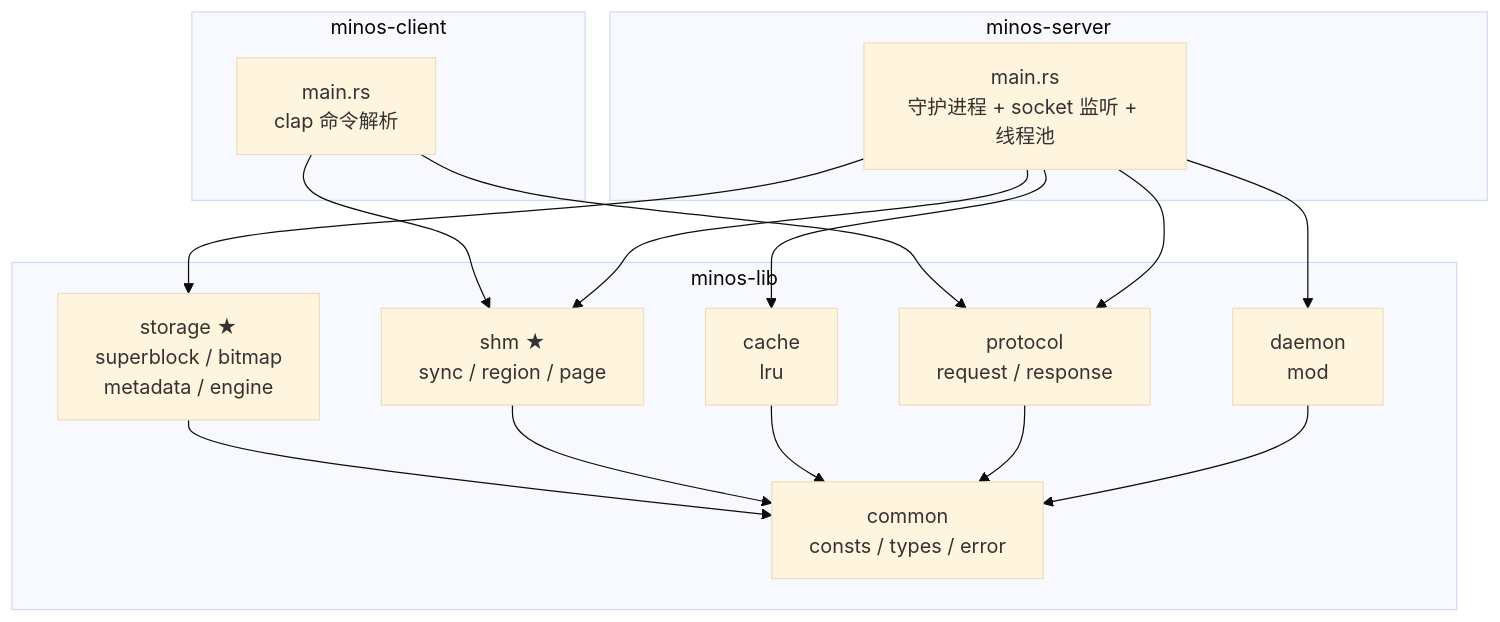
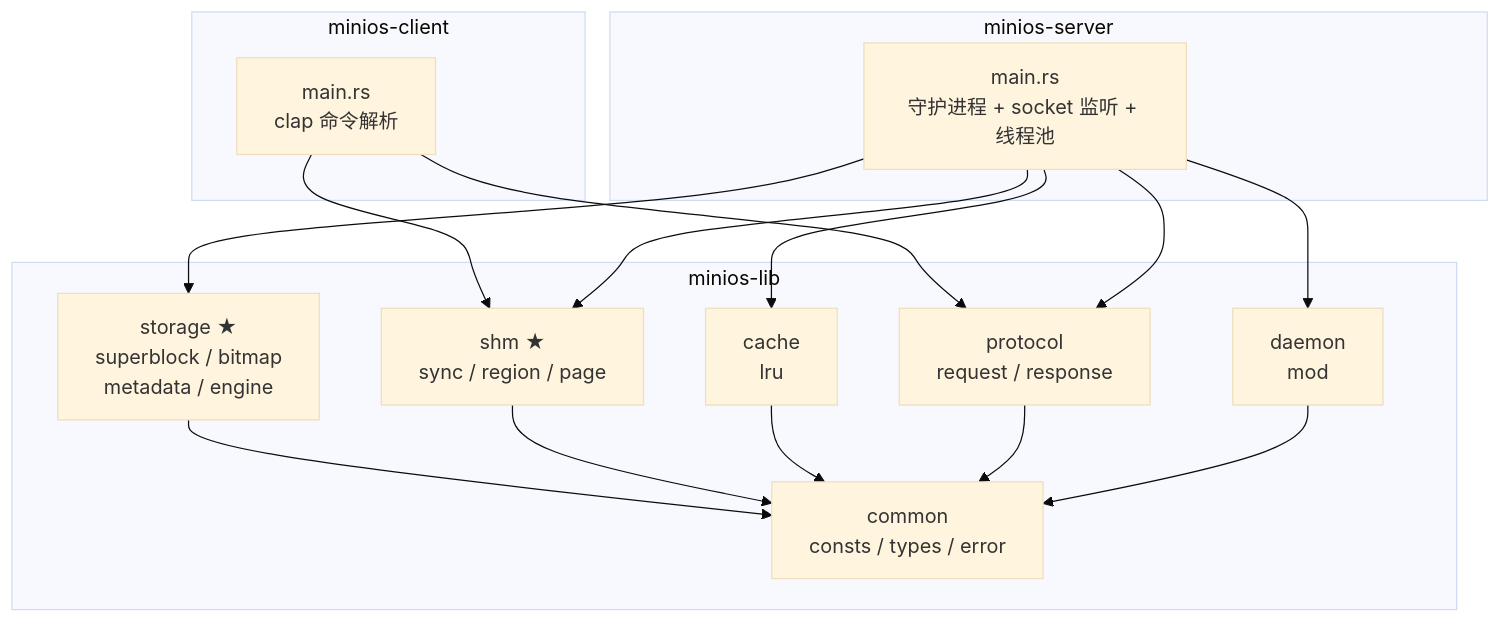
Before and after one commit to Faye-bit/MiniOS_CUG_SE_OS: the third of 16 diagrams in design.md, drawn with Mermaid (base theme). The commit also changed other lines of this file and 31 other files, not shown here.

First line of the commit message:
fix: 修复 STOP 命令触发段错误 — 函数指针误写 + 项目重命名 minos→minios

````diff
--- a/design.md
+++ b/design.md
@@ -97,32 +97,32 @@
 ```mermaid
 graph TD
-    subgraph minos-client
+    subgraph minios-client
         CLI_MAIN["main.rs<br/>clap 命令解析"]
     end
 
-    subgraph minos-server
+    subgraph minios-server
         SRV_MAIN["main.rs<br/>守护进程 + socket 监听 + 线程池"]
     end
 
-    subgraph minos-lib
+    subgraph minios-lib
         COMMON["common<br/>consts / types / error"]
         STORAGE["storage ★<br/>superblock / bitmap<br/>metadata / engine"]
         SHM_MOD["shm ★<br/>sync / region / page"]
         CACHE_MOD["cache<br/>lru"]
         PROTOCOL["protocol<br/>request / response"]
         DAEMON["daemon<br/>mod"]
     end
 
     CLI_MAIN --> SHM_MOD
     CLI_MAIN --> PROTOCOL
     SRV_MAIN --> STORAGE
     SRV_MAIN --> SHM_MOD
     SRV_MAIN --> CACHE_MOD
     SRV_MAIN --> PROTOCOL
     SRV_MAIN --> DAEMON
     STORAGE --> COMMON
     SHM_MOD --> COMMON
     CACHE_MOD --> COMMON
     PROTOCOL --> COMMON
     DAEMON --> COMMON
 ```
````
